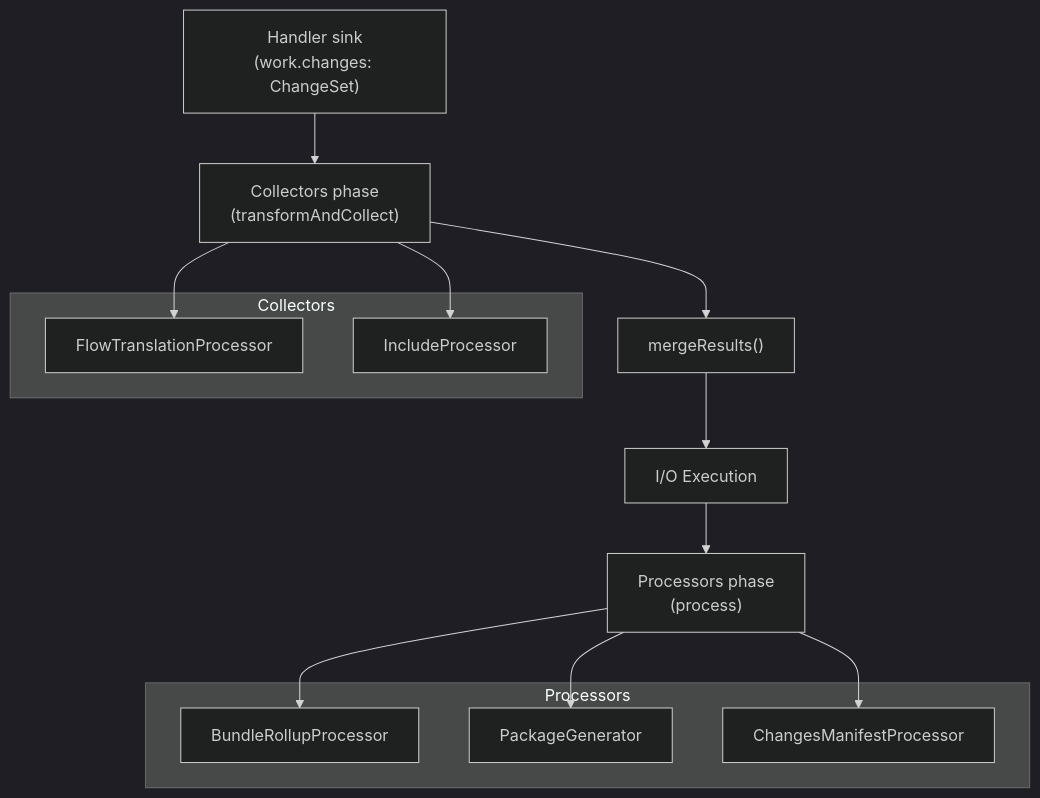
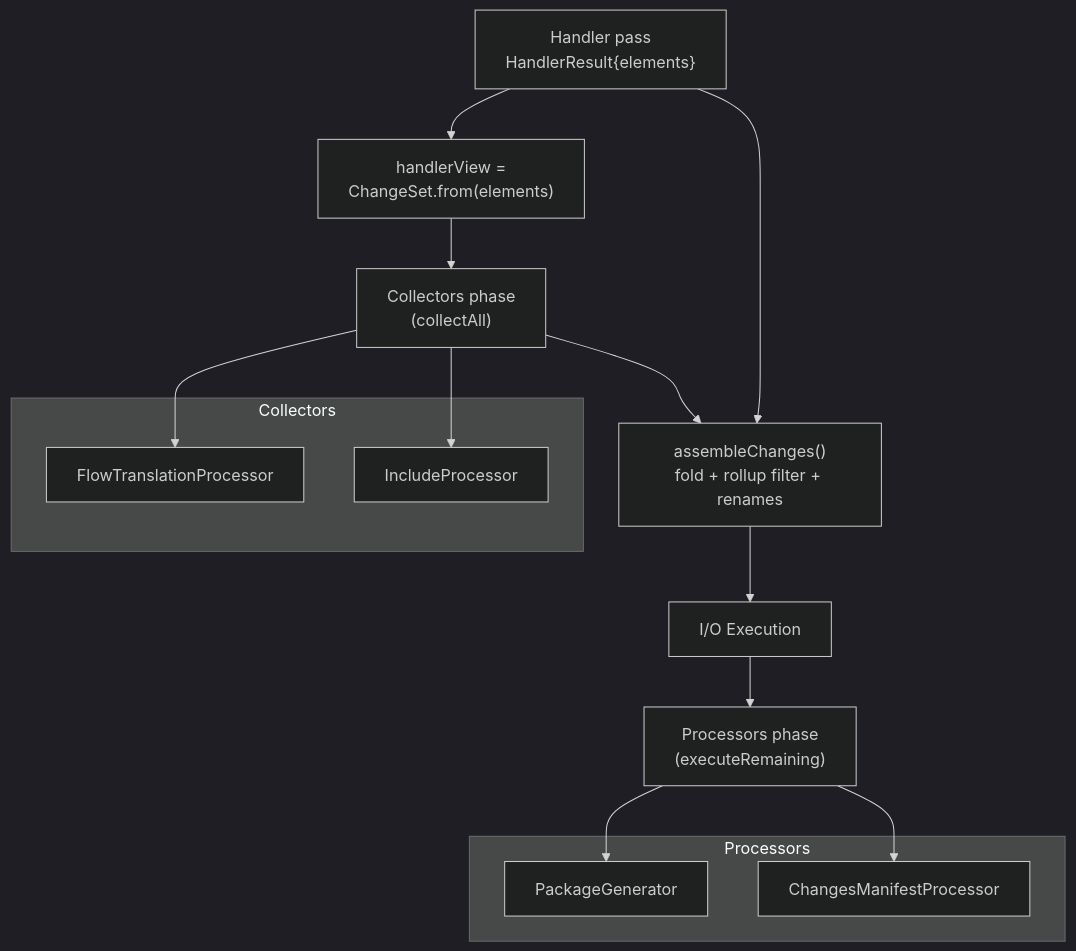
The fifth of 5 diagrams in DESIGN.md (scolladon/sfdx-git-delta), drawn with Mermaid (dark theme) before and after one commit. The commit also changed other lines of this file and 80 other files, not shown here.

````diff
--- a/DESIGN.md
+++ b/DESIGN.md
@@ -358,24 +360,24 @@
 ```mermaid
 flowchart TD
-    HR["Handler sink<br/>(work.changes: ChangeSet)"] --> C["Collectors phase<br/>(transformAndCollect)"]
-    C --> M["mergeResults()"]
-    M --> IO["I/O Execution"]
-    IO --> P["Processors phase<br/>(process)"]
+    HR["Handler pass<br/>HandlerResult{elements}"] --> HV["handlerView =<br/>ChangeSet.from(elements)"]
+    HV --> C["Collectors phase<br/>(collectAll)"]
+    C --> F["assembleChanges()<br/>fold + rollup filter + renames"]
+    HR --> F
+    F --> IO["I/O Execution"]
+    IO --> P["Processors phase<br/>(executeRemaining)"]
 
     subgraph Collectors
         FT["FlowTranslationProcessor"]
         IP["IncludeProcessor"]
     end
 
     subgraph Processors
-        DEB["BundleRollupProcessor"]
         PG["PackageGenerator"]
         CM["ChangesManifestProcessor"]
     end
 
     C --> FT
     C --> IP
-    P --> DEB
     P --> PG
     P --> CM
 ```
````
